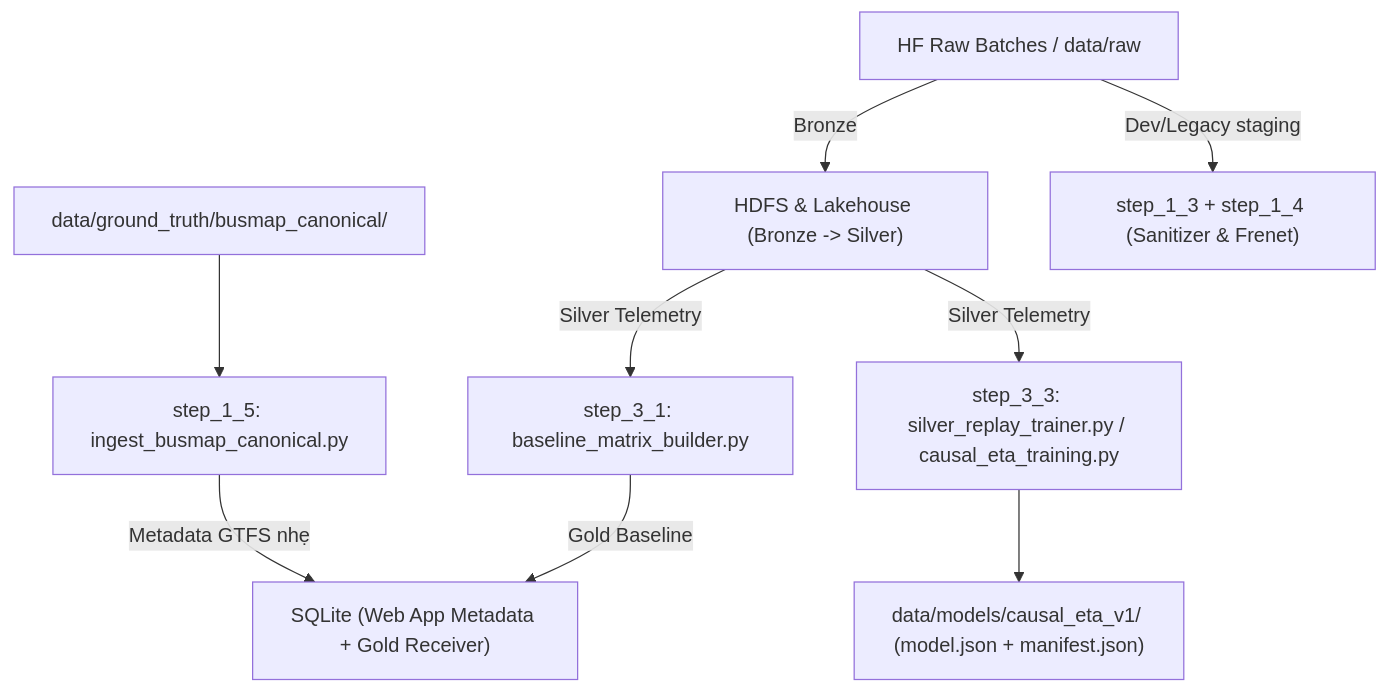
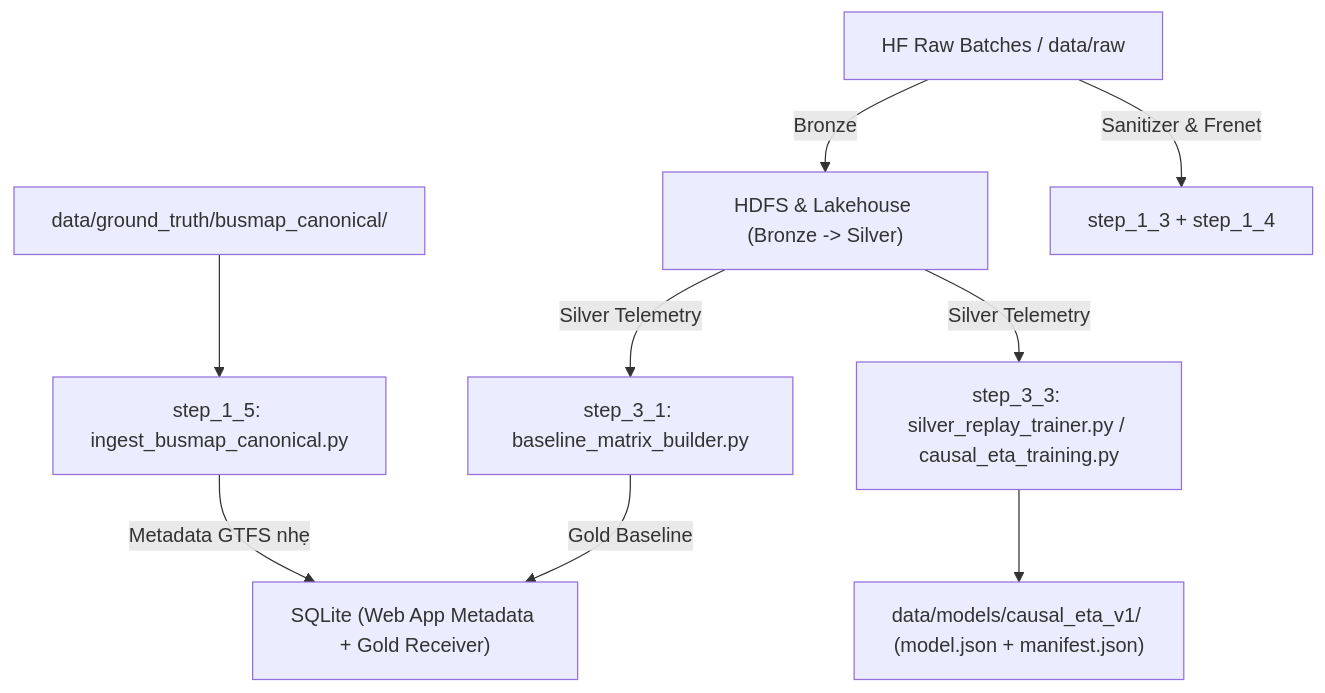
One commit to toibinguz/Bus_tracking changed the diagram in docs/BATCH_VIEW_PIPELINE.md. Above: the diagram before and after it, drawn with Mermaid. The commit also changed other lines of this file and 4 other files, not shown here.

Commit message:
docs: keep only current architecture and remove experimental/historical notes

````diff
--- a/docs/BATCH_VIEW_PIPELINE.md
+++ b/docs/BATCH_VIEW_PIPELINE.md
@@ -9,11 +9,11 @@
 ```mermaid
 flowchart TD
     RAW["HF Raw Batches / data/raw"] -->|"Bronze"| HDFS["HDFS & Lakehouse (Bronze -> Silver)"]
     GTFS["data/ground_truth/busmap_canonical/"] --> S15["step_1_5: ingest_busmap_canonical.py"]
     S15 -->|"Metadata GTFS nhẹ"| DB["SQLite (Web App Metadata + Gold Receiver)"]
-    RAW -->|"Dev/Legacy staging"| S13["step_1_3 + step_1_4 (Sanitizer & Frenet)"]
+    RAW -->|"Sanitizer & Frenet"| S13["step_1_3 + step_1_4"]
     HDFS -->|"Silver Telemetry"| S31["step_3_1: baseline_matrix_builder.py"]
     S31 -->|"Gold Baseline"| DB
     HDFS -->|"Silver Telemetry"| S33["step_3_3: silver_replay_trainer.py / causal_eta_training.py"]
     S33 --> MODEL["data/models/causal_eta_v1/ (model.json + manifest.json)"]
 ```
````
